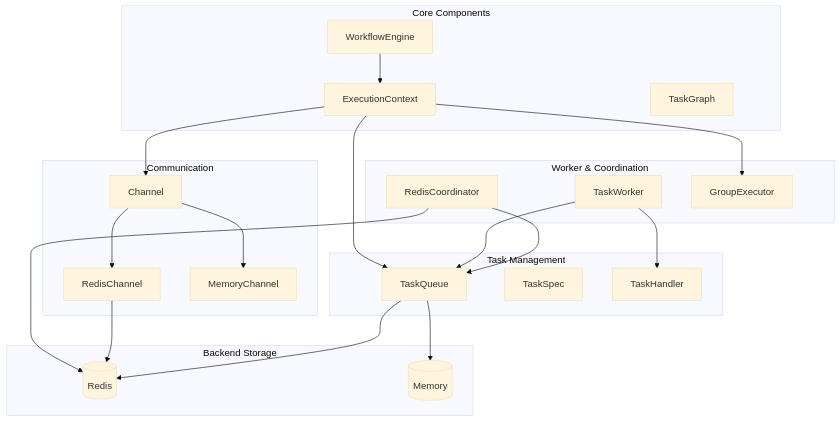
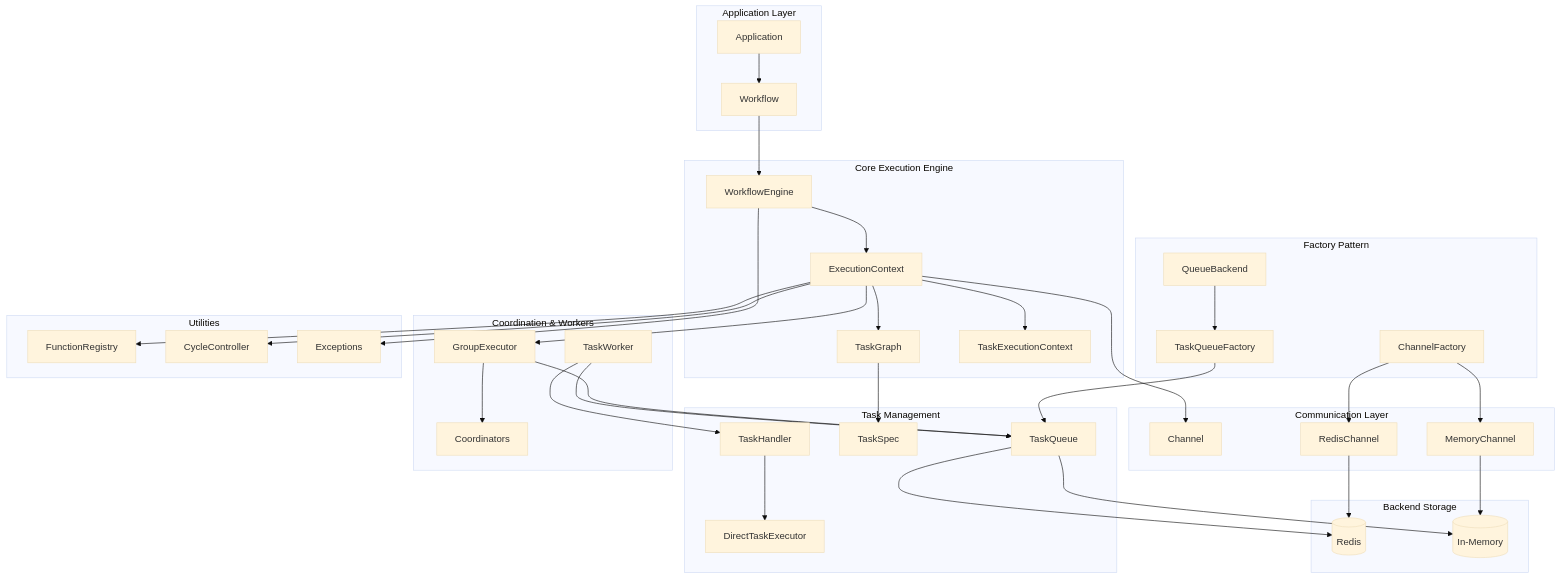
The first of 9 diagrams in docs/architecture_ja.md (GraflowAI/graflow), drawn with Mermaid (base theme) before and after one commit. The commit also changed other lines of this file, not shown here.

Commit message:
refactor: Revise architecture documentation to enhance clarity and structure of components

````diff
--- a/docs/architecture_ja.md
+++ b/docs/architecture_ja.md
@@ -7,45 +7,80 @@
 ```mermaid
 graph TB
-    subgraph "Core Components"
+    subgraph "Application Layer"
+        APP[Application]
+        WF[Workflow]
+    end
+
+    subgraph "Core Execution Engine"
+        WE[WorkflowEngine]
         EC[ExecutionContext]
-        WE[WorkflowEngine]
         TG[TaskGraph]
+        TC[TaskExecutionContext]
     end
-    
+
     subgraph "Task Management"
         TQ[TaskQueue]
         TS[TaskSpec]
         TH[TaskHandler]
+        DTE[DirectTaskExecutor]
     end
-    
-    subgraph "Communication"
+
+    subgraph "Communication Layer"
         CH[Channel]
         RC[RedisChannel]
         MC[MemoryChannel]
     end
-    
-    subgraph "Worker & Coordination"
+
+    subgraph "Coordination & Workers"
+        GE[GroupExecutor]
         TW[TaskWorker]
-        RCO[RedisCoordinator]
-        GE[GroupExecutor]
+        COORD[Coordinators]
     end
-    
+
+    subgraph "Factory Pattern"
+        CF[ChannelFactory]
+        QF[TaskQueueFactory]
+        QB[QueueBackend]
+    end
+
     subgraph "Backend Storage"
         Redis[(Redis)]
-        Memory[(Memory)]
+        Memory[(In-Memory)]
     end
-    
+
+    subgraph "Utilities"
+        FR[FunctionRegistry]
+        CC[CycleController]
+        EXC[Exceptions]
+    end
+
+    APP --> WF
+    WF --> WE
     WE --> EC
-    EC --> TQ
+    EC --> TG
+    EC --> TC
     EC --> CH
     EC --> GE
+
+    TG --> TS
+    TH --> DTE
     TW --> TQ
     TW --> TH
-    RCO --> TQ
-    RCO --> Redis
+
+    GE --> COORD
+    GE --> TQ
+
+    CF --> MC
+    CF --> RC
+    QF --> TQ
+    QB --> QF
+
     RC --> Redis
-    CH --> RC
-    CH --> MC
+    MC --> Memory
     TQ --> Redis
     TQ --> Memory
+
+    EC --> FR
+    EC --> CC
+    WE --> EXC
 ```
````
